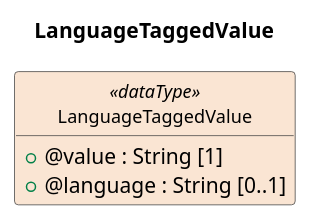
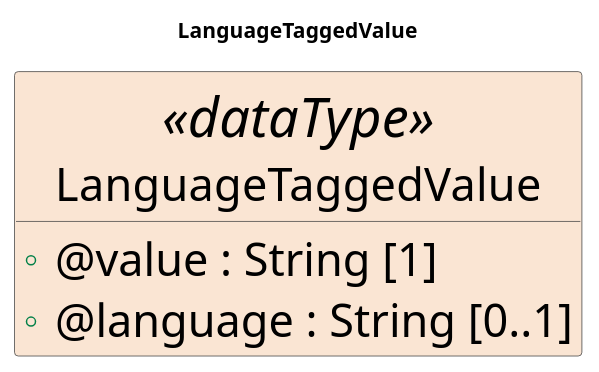
The diagram in cdif-uml-model/cdifConceptScheme/DataTypes/LanguageTaggedValue.pu (Cross-Domain-Interoperability-Framework/metadataBuildingBlocks), drawn with PlantUML before and after one commit. The commit also changed 39 other files, not shown here.

First line of the commit message:
Auto-fit UML overview aspect ratios; relabel model browser index

```diff
--- a/cdif-uml-model/cdifConceptScheme/DataTypes/LanguageTaggedValue.pu
+++ b/cdif-uml-model/cdifConceptScheme/DataTypes/LanguageTaggedValue.pu
@@ -1,21 +1,22 @@
 @startuml
 title LanguageTaggedValue
 hide circle
 hide empty members
 skinparam shadowing false
 skinparam ArrowThickness 1.2
 skinparam ranksep 250
 skinparam nodesep 20
-skinparam linetype ortho
+skinparam defaultFontSize 36
 skinparam class {
   ArrowColor #404040
   BorderColor #404040
-  FontSize 12
+  FontSize 36
+  AttributeFontSize 30
 }
 
 class "LanguageTaggedValue" as LanguageTaggedValue <<dataType>> #FAE5D3 {
   +@value : String [1]
   +@language : String [0..1]
 }
 
 @enduml
```
